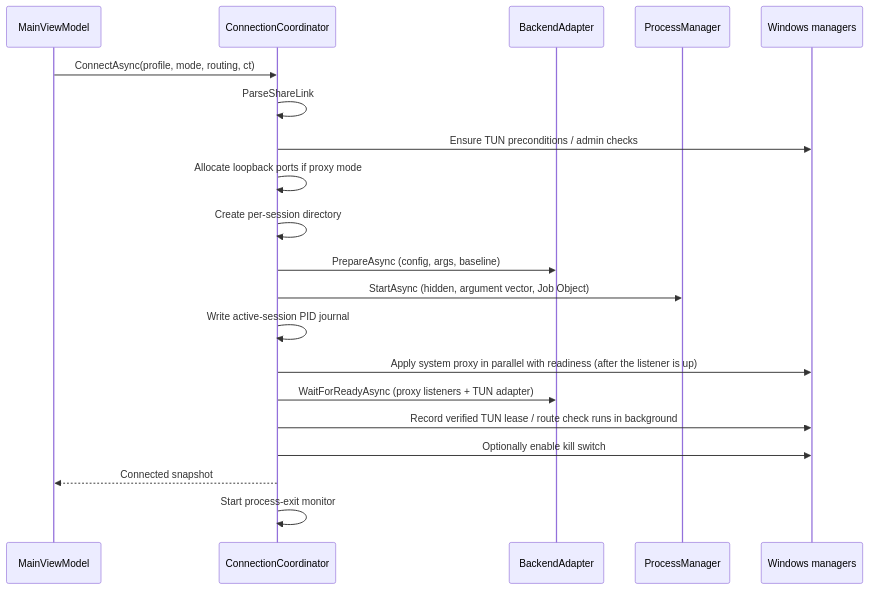
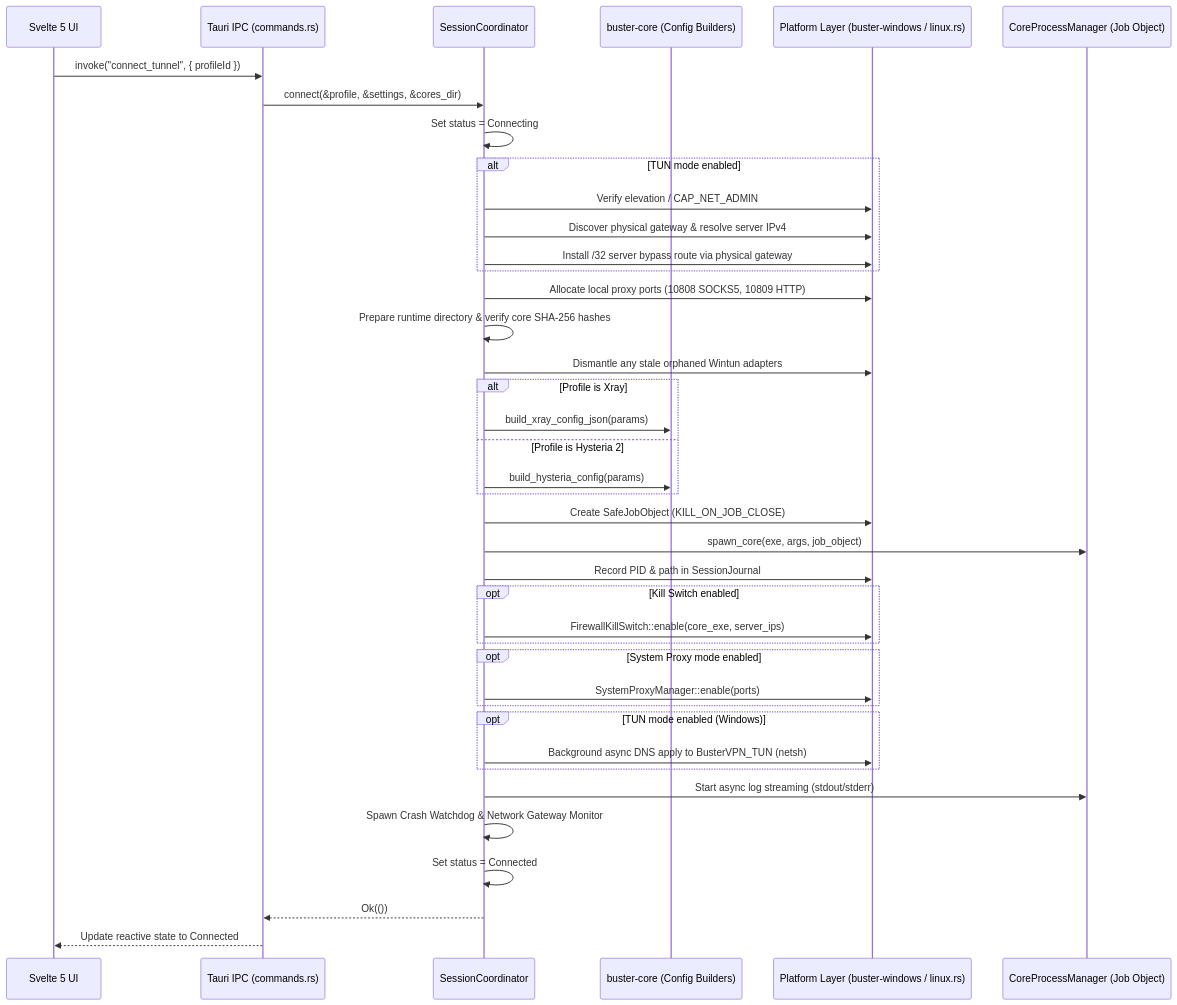
The third of 4 diagrams in docs/ARCHITECTURE.md (ReinQQ/BusterVPN), drawn with Mermaid before and after one commit. The commit also changed other lines of this file and 6 other files, not shown here.

Commit message:
docs: update README, architecture docs, and UI screenshots for Rust/Tauri v2

````diff
--- a/docs/ARCHITECTURE.md
+++ b/docs/ARCHITECTURE.md
@@ -133,22 +169,51 @@
 ```mermaid
 sequenceDiagram
-    participant UI as MainViewModel
-    participant C as ConnectionCoordinator
-    participant A as BackendAdapter
-    participant P as ProcessManager
-    participant W as Windows managers
-    UI->>C: ConnectAsync(profile, mode, routing, ct)
-    C->>C: ParseShareLink
-    C->>W: Ensure TUN preconditions / admin checks
-    C->>C: Allocate loopback ports if proxy mode
-    C->>C: Create per-session directory
-    C->>A: PrepareAsync (config, args, baseline)
-    C->>P: StartAsync (hidden, argument vector, Job Object)
-    C->>C: Write active-session PID journal
-    C->>W: Apply system proxy in parallel with readiness (after the listener is up)
-    C->>A: WaitForReadyAsync (proxy listeners + TUN adapter)
-    C->>W: Record verified TUN lease / route check runs in background
-    C->>W: Optionally enable kill switch
-    C-->>UI: Connected snapshot
-    C->>C: Start process-exit monitor
+    participant UI as Svelte 5 UI
+    participant CMD as Tauri IPC (commands.rs)
+    participant SC as SessionCoordinator
+    participant CORE as buster-core (Config Builders)
+    participant WIN as Platform Layer (buster-windows / linux.rs)
+    participant PROC as CoreProcessManager (Job Object)
+
+    UI->>CMD: invoke("connect_tunnel", { profileId })
+    CMD->>SC: connect(&profile, &settings, &cores_dir)
+    SC->>SC: Set status = Connecting
+
+    alt TUN mode enabled
+        SC->>WIN: Verify elevation / CAP_NET_ADMIN
+        SC->>WIN: Discover physical gateway & resolve server IPv4
+        SC->>WIN: Install /32 server bypass route via physical gateway
+    end
+
+    SC->>WIN: Allocate local proxy ports (10808 SOCKS5, 10809 HTTP)
+    SC->>SC: Prepare runtime directory & verify core SHA-256 hashes
+    SC->>WIN: Dismantle any stale orphaned Wintun adapters
+
+    alt Profile is Xray
+        SC->>CORE: build_xray_config_json(params)
+    else Profile is Hysteria 2
+        SC->>CORE: build_hysteria_config(params)
+    end
+
+    SC->>WIN: Create SafeJobObject (KILL_ON_JOB_CLOSE)
+    SC->>PROC: spawn_core(exe, args, job_object)
+    SC->>WIN: Record PID & path in SessionJournal
+
+    opt Kill Switch enabled
+        SC->>WIN: FirewallKillSwitch::enable(core_exe, server_ips)
+    end
+
+    opt System Proxy mode enabled
+        SC->>WIN: SystemProxyManager::enable(ports)
+    end
+
+    opt TUN mode enabled (Windows)
+        SC->>WIN: Background async DNS apply to BusterVPN_TUN (netsh)
+    end
+
+    SC->>PROC: Start async log streaming (stdout/stderr)
+    SC->>SC: Spawn Crash Watchdog & Network Gateway Monitor
+    SC->>SC: Set status = Connected
+    SC-->>CMD: Ok(())
+    CMD-->>UI: Update reactive state to Connected
 ```
````
